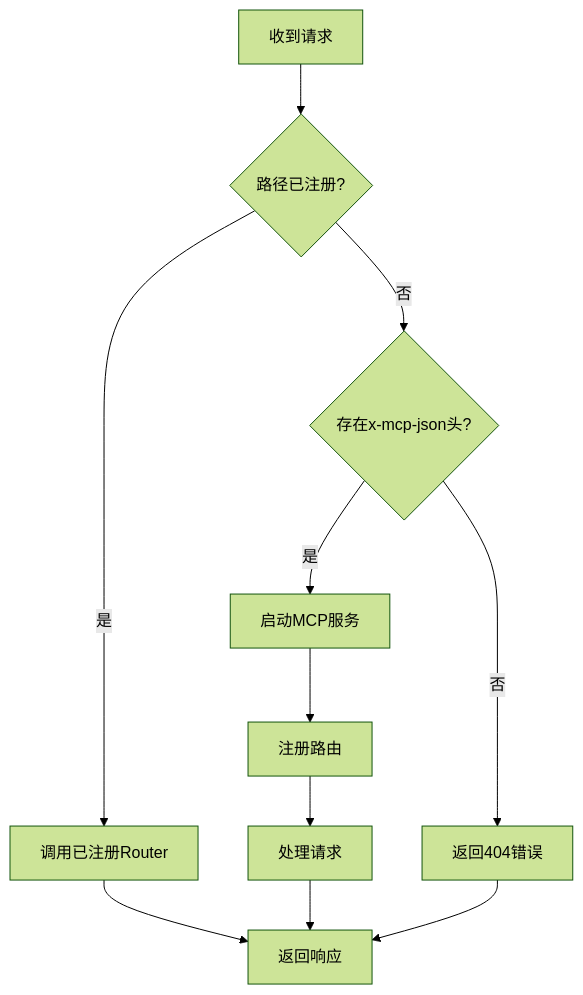
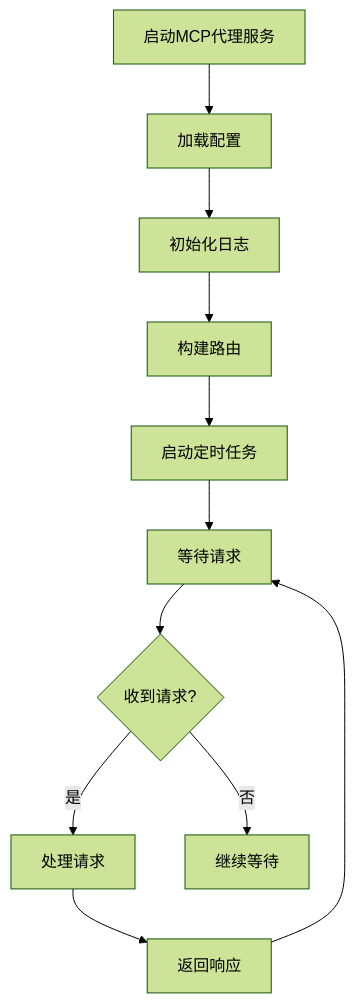
One commit to nuwax-ai/mcp-proxy changed the seventh of 8 diagrams in .qoder/repowiki/zh/content/MCP代理服务/MCP代理服务.md. Above: the diagram before and after it, drawn with Mermaid (forest theme). The commit also changed other lines of this file and 147 other files, not shown here.

````diff
--- a/.qoder/repowiki/zh/content/MCP代理服务/MCP代理服务.md
+++ b/.qoder/repowiki/zh/content/MCP代理服务/MCP代理服务.md
@@ -152,13 +227,13 @@
 ```mermaid
 flowchart TD
-A[收到请求] --> B{路径已注册?}
-B --> |是| C[调用已注册Router]
-B --> |否| D{存在x-mcp-json头?}
-D --> |是| E[启动MCP服务]
-E --> F[注册路由]
-F --> G[处理请求]
-D --> |否| H[返回404错误]
-C --> I[返回响应]
-G --> I
-H --> I
+A[启动MCP代理服务] --> B[加载配置]
+B --> C[初始化日志]
+C --> D[构建路由]
+D --> E[启动定时任务]
+E --> F[等待请求]
+F --> G{收到请求?}
+G --> |是| H[处理请求]
+H --> I[返回响应]
+I --> F
+G --> |否| J[继续等待]
 ```
````
